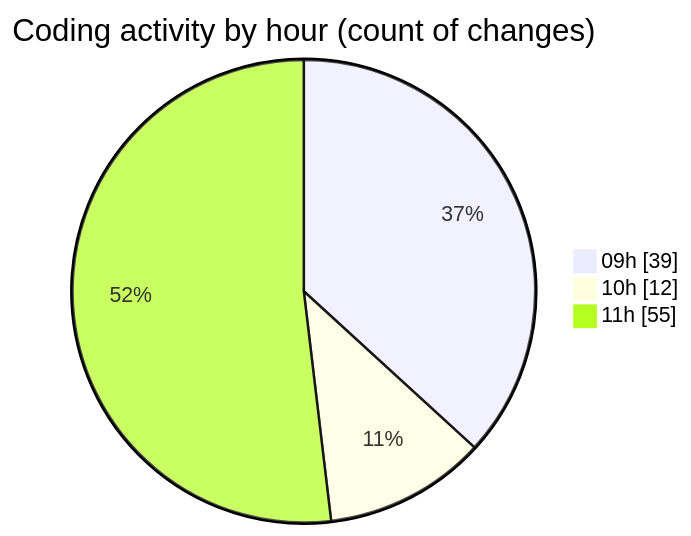
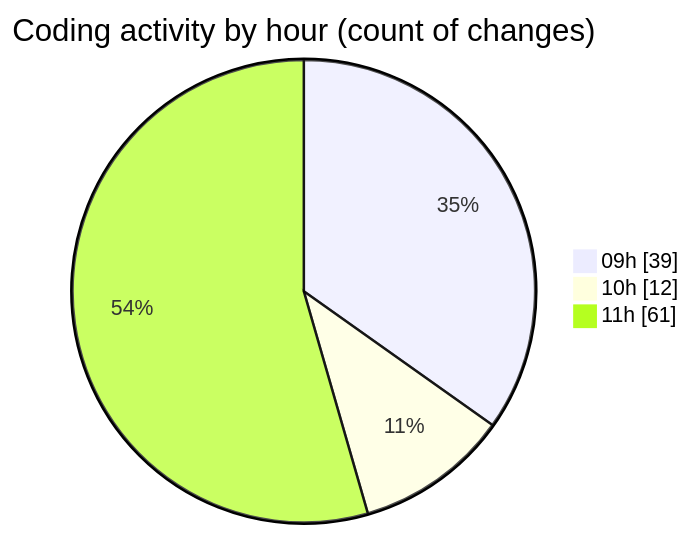
The second of 2 diagrams in 2025-03-04/cda/README.md (momahboobian/code-tracking), drawn with Mermaid before and after one commit. The commit also changed other lines of this file and 1 other file, not shown here.

````diff
--- a/2025-03-04/cda/README.md
+++ b/2025-03-04/cda/README.md
@@ -33,7 +33,7 @@
 ```mermaid
 pie showData
 title Coding activity by hour (count of changes)
 "09h" : 39
 "10h" : 12
-"11h" : 55
+"11h" : 61
 ```
````
